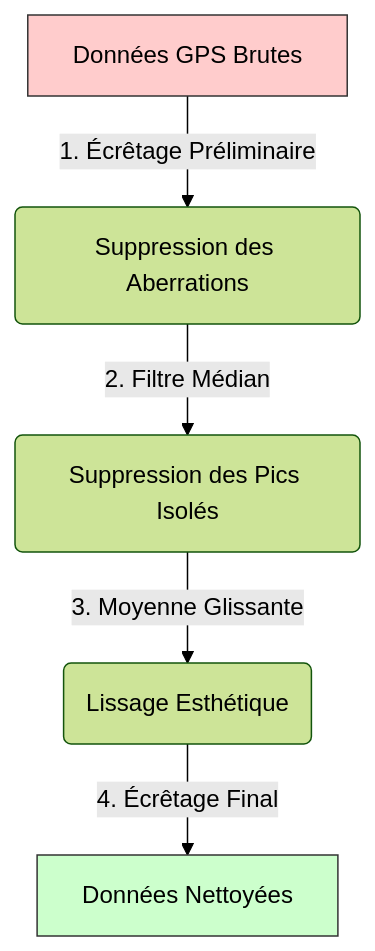
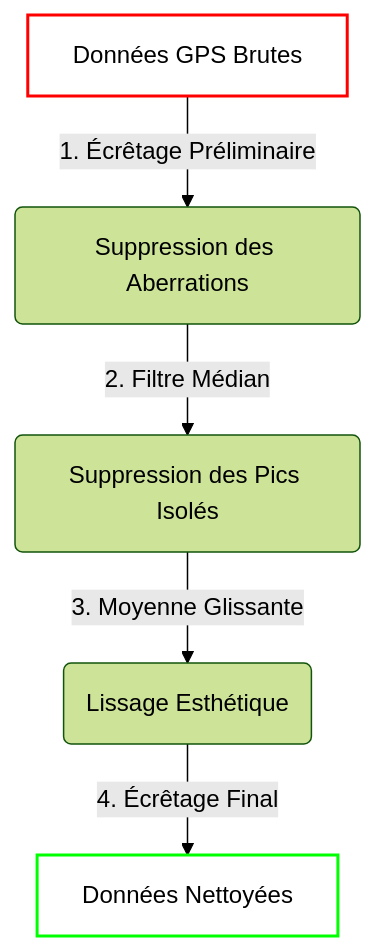
The first of 5 diagrams in docs/DocAnnexe/AltitudeAlgo.md (JMBaubet/VisuGPS), drawn with Mermaid (forest theme) before and after one commit. The commit also changed other lines of this file and 1 other file, not shown here.

First line of the commit message:
docs/DocAnnexe: Amélioration de la lisibilité des diagrammes Mermaid (Mode Sombre/Clair)

````diff
--- a/docs/DocAnnexe/AltitudeAlgo.md
+++ b/docs/DocAnnexe/AltitudeAlgo.md
@@ -11,10 +11,10 @@
 ```mermaid
 graph TD
     A[Données GPS Brutes] -->|1. Écrêtage Préliminaire| B(Suppression des Aberrations)
     B -->|2. Filtre Médian| C(Suppression des Pics Isolés)
     C -->|3. Moyenne Glissante| D(Lissage Esthétique)
     D -->|4. Écrêtage Final| E[Données Nettoyées]
     
-    style A fill:#ffcccc,stroke:#333
-    style E fill:#ccffcc,stroke:#333
+    style A stroke:#ff0000,stroke-width:2px,fill:none
+    style E stroke:#00ff00,stroke-width:2px,fill:none
 ```
````
